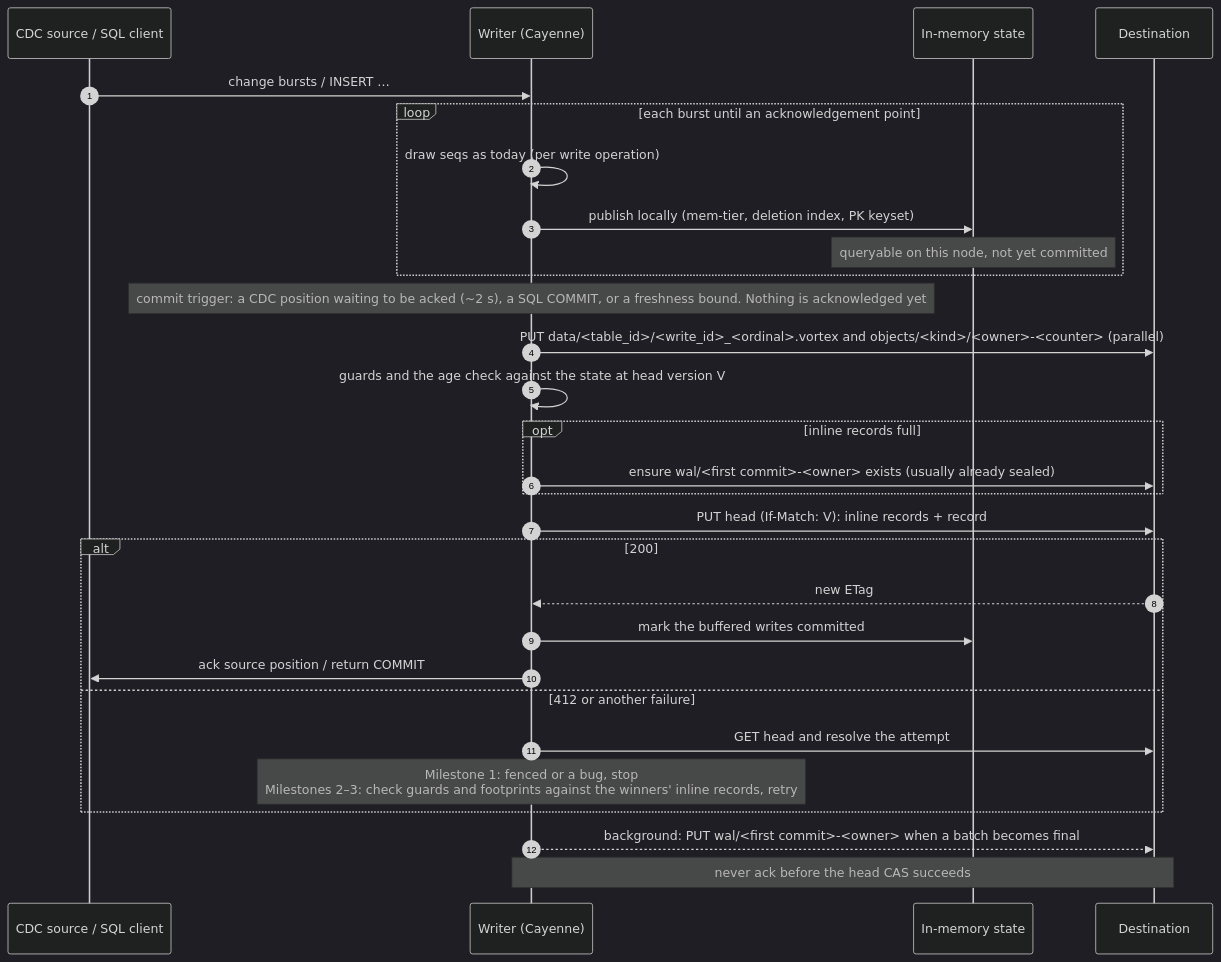
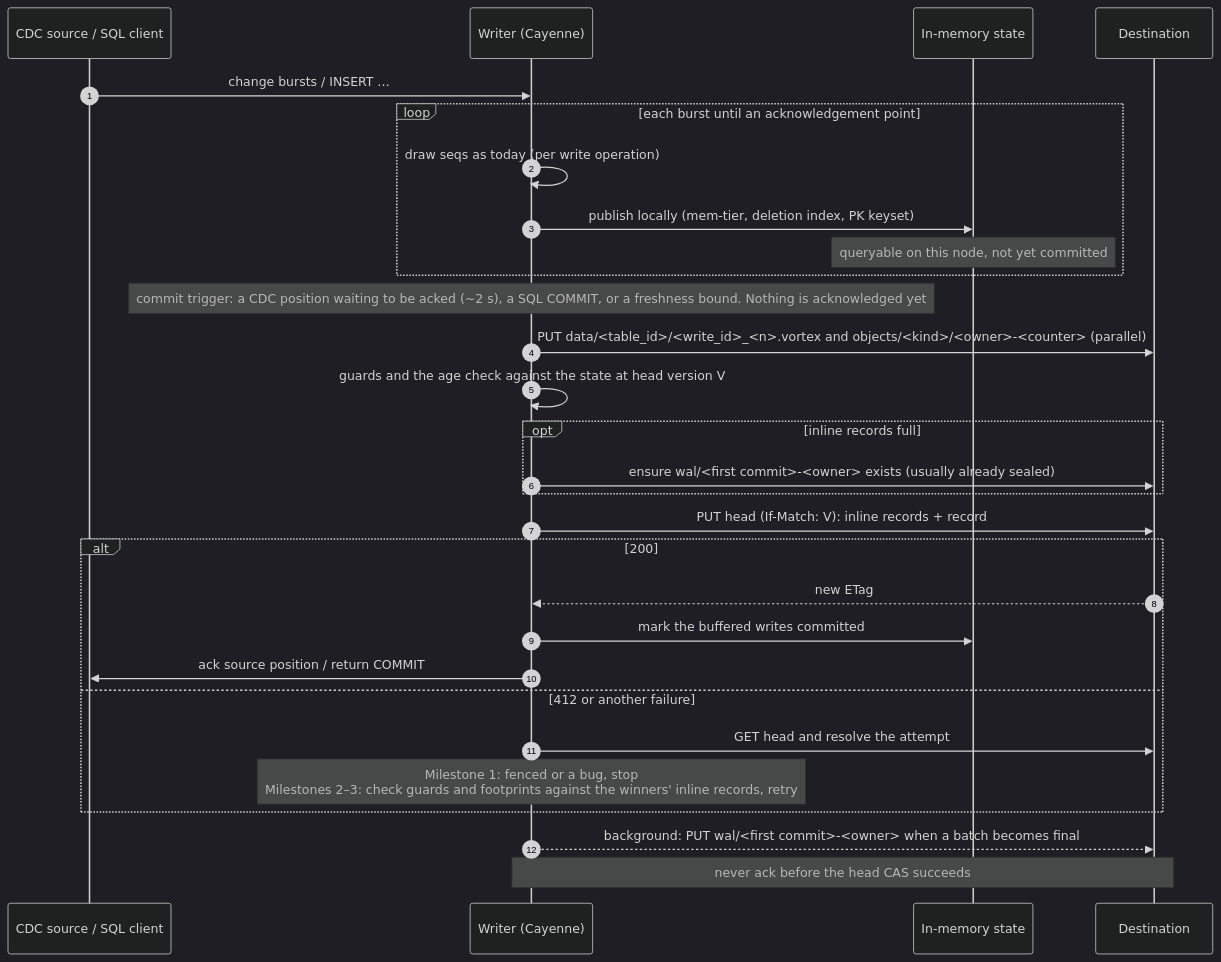
Before and after one commit to spiceai/spiceai: the first of 5 diagrams in docs/design/object-native-metastore-technical.md, drawn with Mermaid (dark theme). The commit also changed other lines of this file and 2 other files, not shown here.

First line of the commit message:
docs(design): object-native data in the metastore design (#16241)

````diff
--- a/docs/design/object-native-metastore-technical.md
+++ b/docs/design/object-native-metastore-technical.md
@@ -198,32 +202,32 @@
 ```mermaid
 sequenceDiagram
     autonumber
     participant SRC as CDC source / SQL client
     participant W as Writer (Cayenne)
     participant M as In-memory state
     participant S as Destination
 
     SRC->>W: change bursts / INSERT …
     loop each burst until an acknowledgement point
         W->>W: draw seqs as today (per write operation)
         W->>M: publish locally (mem-tier, deletion index, PK keyset)
         Note over M: queryable on this node, not yet committed
     end
     Note over W: commit trigger: a CDC position waiting to be acked (~2 s), a SQL COMMIT, or a freshness bound. Nothing is acknowledged yet
-    W->>S: PUT data/<table_id>/<write_id>_<ordinal>.vortex and objects/<kind>/<owner>-<counter> (parallel)
+    W->>S: PUT data/<table_id>/<write_id>_<n>.vortex and objects/<kind>/<owner>-<counter> (parallel)
     W->>W: guards and the age check against the state at head version V
     opt inline records full
         W->>S: ensure wal/<first commit>-<owner> exists (usually already sealed)
     end
     W->>S: PUT head (If-Match: V): inline records + record
     alt 200
         S-->>W: new ETag
         W->>M: mark the buffered writes committed
         W->>SRC: ack source position / return COMMIT
     else 412 or another failure
         W->>S: GET head and resolve the attempt
         Note over W: Milestone 1: fenced or a bug, stop<br/>Milestones 2–3: check guards and footprints against the winners' inline records, retry
     end
     W-->>S: background: PUT wal/<first commit>-<owner> when a batch becomes final
     Note over W,S: never ack before the head CAS succeeds
 ```
````
